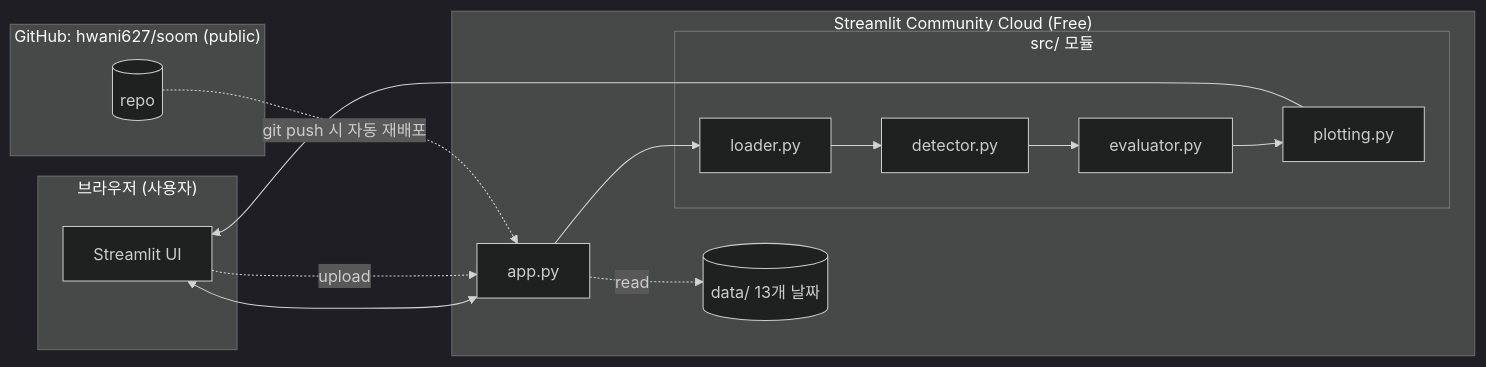
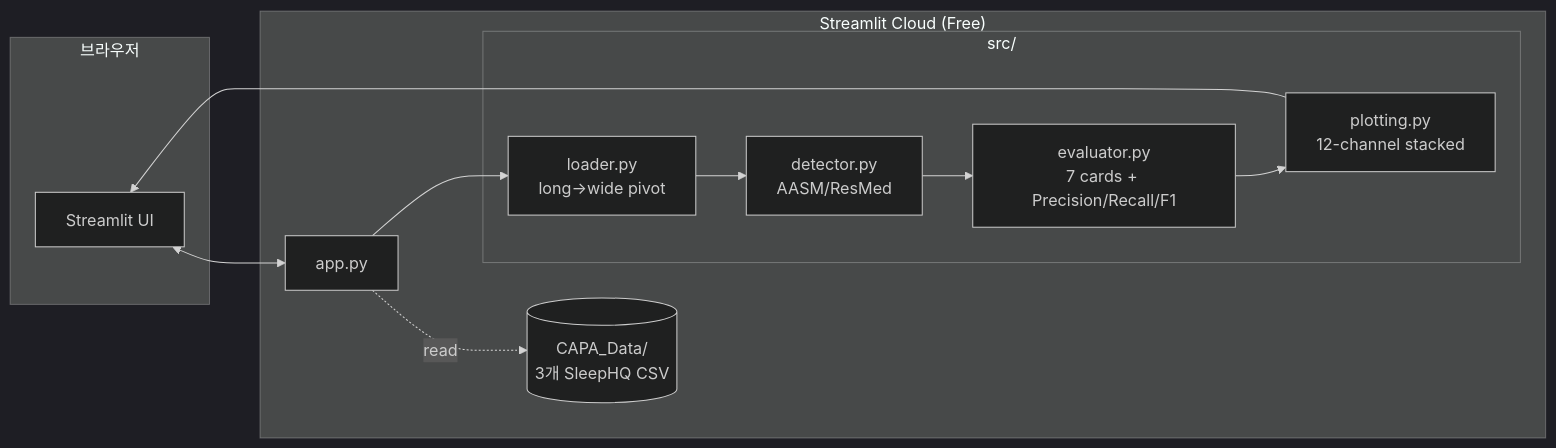
The diagram in docs/specs/2026-04-27-soom-cpap-analyzer-design.md (hwani627/soom), drawn with Mermaid (dark theme) before and after one commit. The commit also changed other lines of this file and 100 other files, not shown here.

````diff
--- a/docs/specs/2026-04-27-soom-cpap-analyzer-design.md
+++ b/docs/specs/2026-04-27-soom-cpap-analyzer-design.md
@@ -48,27 +40,21 @@
 ```mermaid
 flowchart LR
-    subgraph Client["브라우저 (사용자)"]
+    subgraph Client["브라우저"]
         UI["Streamlit UI"]
     end
 
-    subgraph Cloud["Streamlit Community Cloud (Free)"]
+    subgraph Cloud["Streamlit Cloud (Free)"]
         APP["app.py"]
-        subgraph Modules["src/ 모듈"]
-            LD["loader.py"]
-            DT["detector.py"]
-            EV["evaluator.py"]
-            PL["plotting.py"]
+        subgraph Modules["src/"]
+            LD["loader.py<br/>long→wide pivot"]
+            DT["detector.py<br/>AASM/ResMed"]
+            EV["evaluator.py<br/>7 cards + Precision/Recall/F1"]
+            PL["plotting.py<br/>12-channel stacked"]
         end
-        BUNDLE[("data/ 13개 날짜")]
-    end
-
-    subgraph GH["GitHub: hwani627/soom (public)"]
-        REPO[("repo")]
+        BUNDLE[("CAPA_Data/<br/>3개 SleepHQ CSV")]
     end
 
     UI <--> APP
     APP --> LD --> DT --> EV --> PL --> UI
     APP -.read.-> BUNDLE
-    UI -.upload.-> APP
-    REPO -."git push 시 자동 재배포".-> APP
 ```
````
